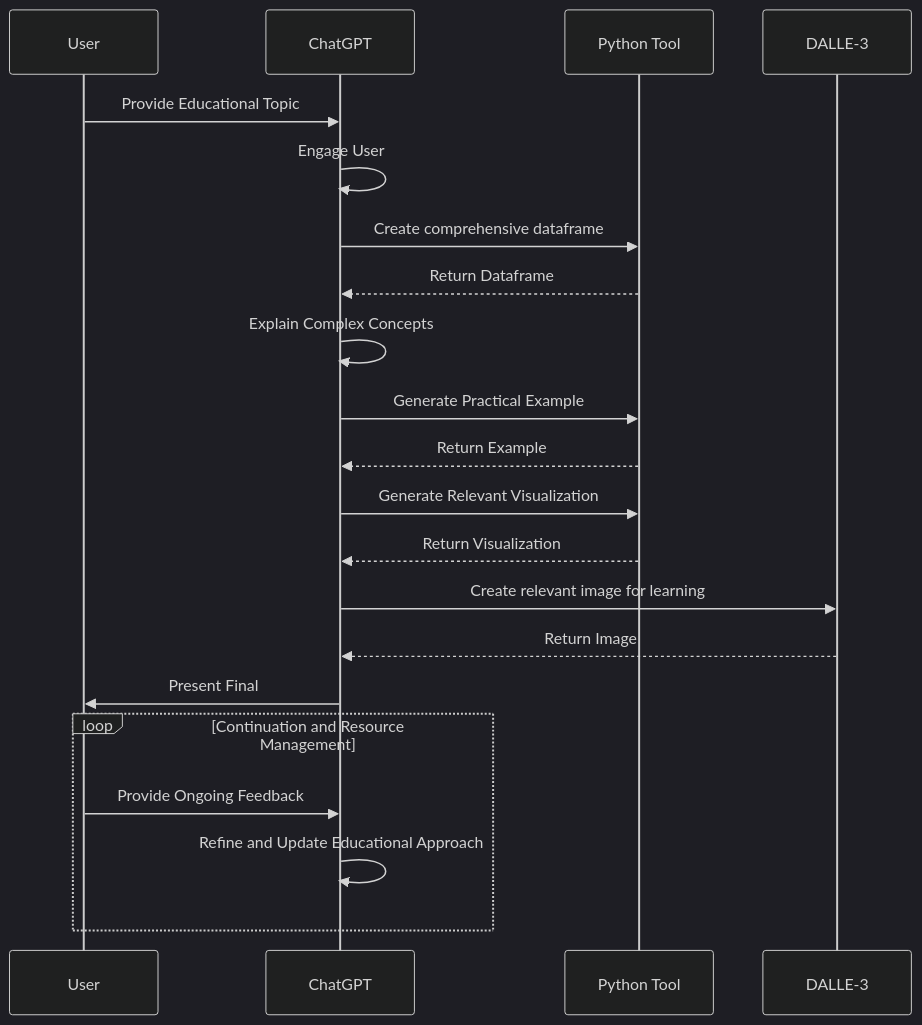
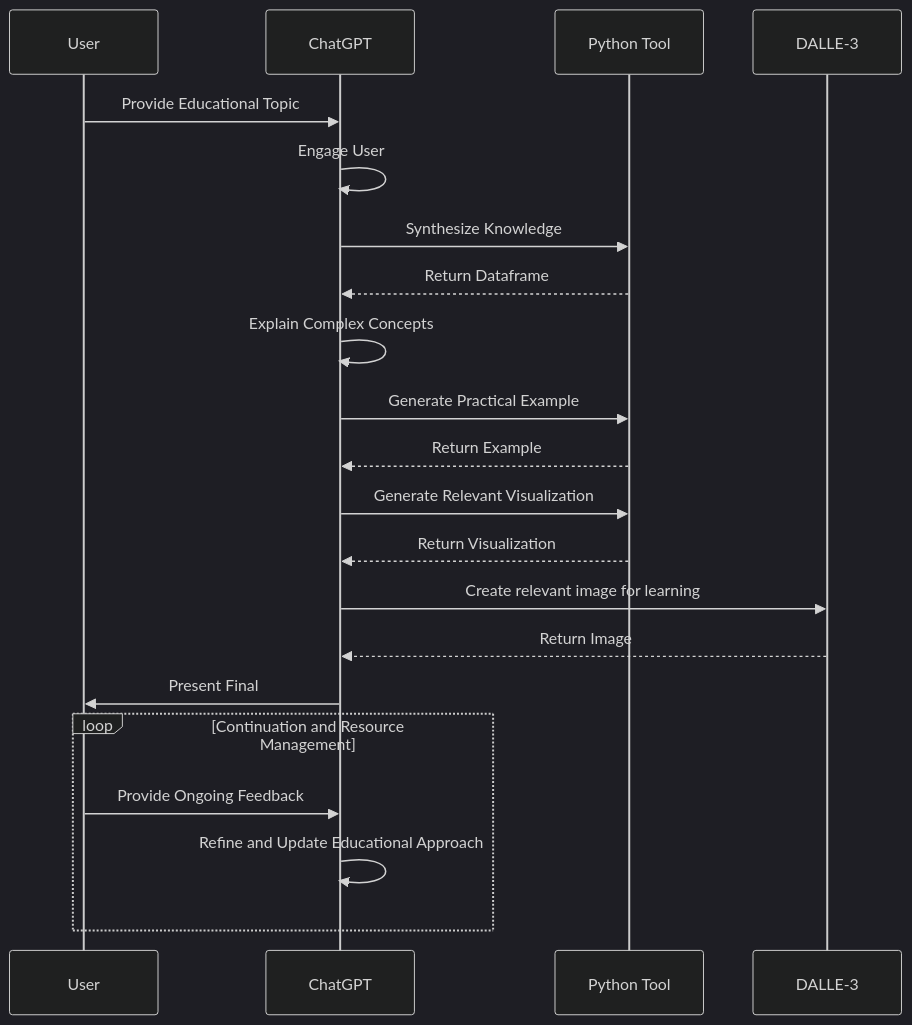
Before and after one commit to nerority/Advanced-GPTs: the diagram in README.md, drawn with Mermaid (dark theme). The commit also changed other lines of this file, not shown here.

````diff
--- a/README.md
+++ b/README.md
@@ -36,24 +36,24 @@
 ```mermaid
 sequenceDiagram
 	participant User
 	participant ChatGPT
 	participant Python as Python Tool
 	participant DALLE as DALLE-3
 	
 	User->>ChatGPT: Provide Educational Topic
 	ChatGPT->>ChatGPT: Engage User
-	ChatGPT->>Python: Create comprehensive dataframe
+	ChatGPT->>Python: Synthesize Knowledge
 	Python-->>ChatGPT: Return Dataframe
 	ChatGPT->>ChatGPT: Explain Complex Concepts
 	ChatGPT->>Python: Generate Practical Example
 	Python-->>ChatGPT: Return Example
 	ChatGPT->>Python: Generate Relevant Visualization
 	Python-->>ChatGPT: Return Visualization
 	ChatGPT->>DALLE: Create relevant image for learning
 	DALLE-->>ChatGPT: Return Image
 	ChatGPT->>User: Present Final
 	loop Continuation and Resource Management
 		User->>ChatGPT: Provide Ongoing Feedback
 		ChatGPT->>ChatGPT: Refine and Update Educational Approach
 	end
 ```
````
